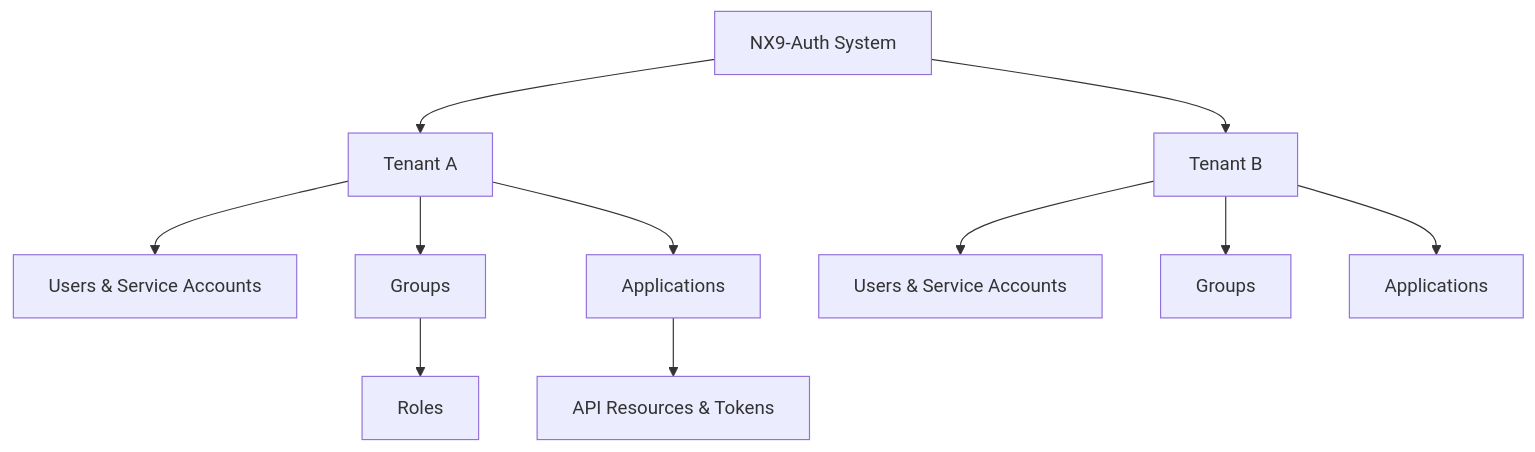
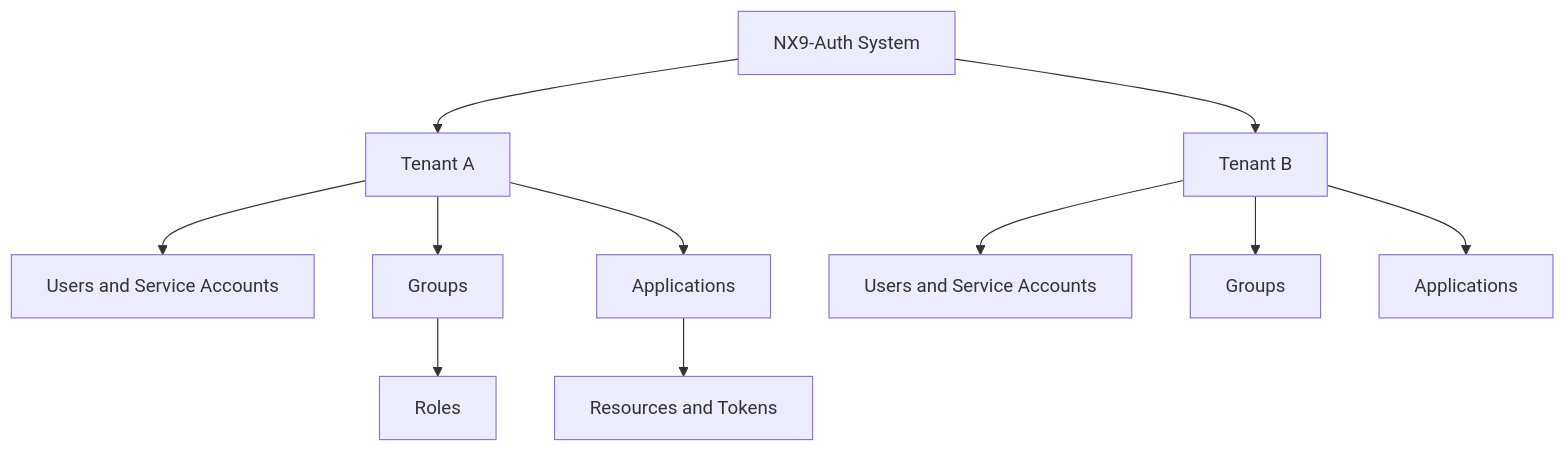
One commit to thakares/nx9-auth changed the sixth of 8 diagrams in docs/ARCHITECTURE.md. Above: the diagram before and after it, drawn with Mermaid. The commit also changed other lines of this file, not shown here.

Commit message:
docs: add architecture documentation and standardize filenames

````diff
--- a/docs/ARCHITECTURE.md
+++ b/docs/ARCHITECTURE.md
@@ -285,16 +230,13 @@
 ```mermaid
 flowchart TD
     System[NX9-Auth System] --> TenantA[Tenant A]
     System --> TenantB[Tenant B]
-    
-    TenantA --> UsersA[Users & Service Accounts]
+    TenantA --> UsersA[Users and Service Accounts]
     TenantA --> GroupsA[Groups]
     TenantA --> AppsA[Applications]
-    
     GroupsA --> RolesA[Roles]
-    AppsA --> ResourcesA[API Resources & Tokens]
-    
-    TenantB --> UsersB[Users & Service Accounts]
+    AppsA --> ResourcesA[Resources and Tokens]
+    TenantB --> UsersB[Users and Service Accounts]
     TenantB --> GroupsB[Groups]
     TenantB --> AppsB[Applications]
 ```
````
